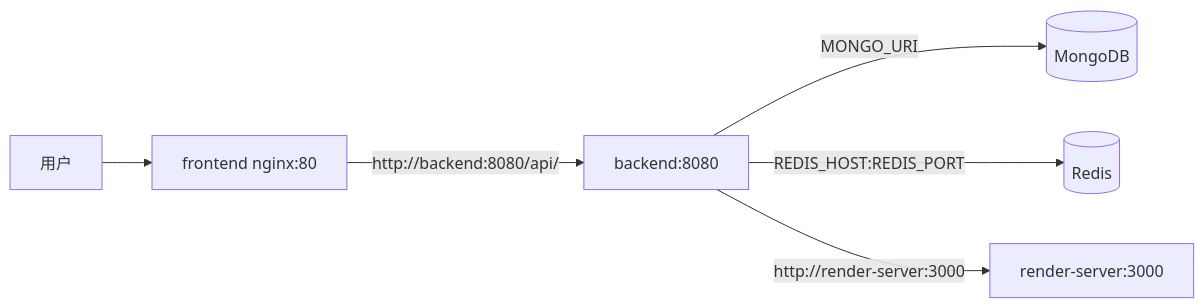
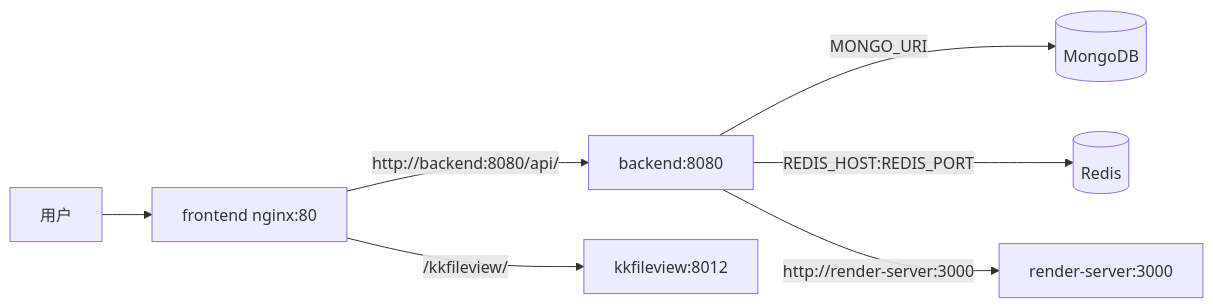
One commit to mcyudream/YuDream-Admin changed the diagram in yd-docs/docs/guide/deployment.md. Above: the diagram before and after it, drawn with Mermaid. The commit also changed other lines of this file and 65 other files, not shown here.

First line of the commit message:
feat: 发布 SDK 1.5.0 缩略图出口并完善官方 QQ 与文档站

````diff
--- a/yd-docs/docs/guide/deployment.md
+++ b/yd-docs/docs/guide/deployment.md
@@ -16,8 +17,9 @@
 ```mermaid
 flowchart LR
     U[用户] --> FE[frontend nginx:80]
     FE -->|http://backend:8080/api/| BE[backend:8080]
+    FE -->|/kkfileview/| KV[kkfileview:8012]
     BE -->|MONGO_URI| MG[(MongoDB)]
     BE -->|REDIS_HOST:REDIS_PORT| RD[(Redis)]
     BE -->|http://render-server:3000| RS[render-server:3000]
 ```
````
